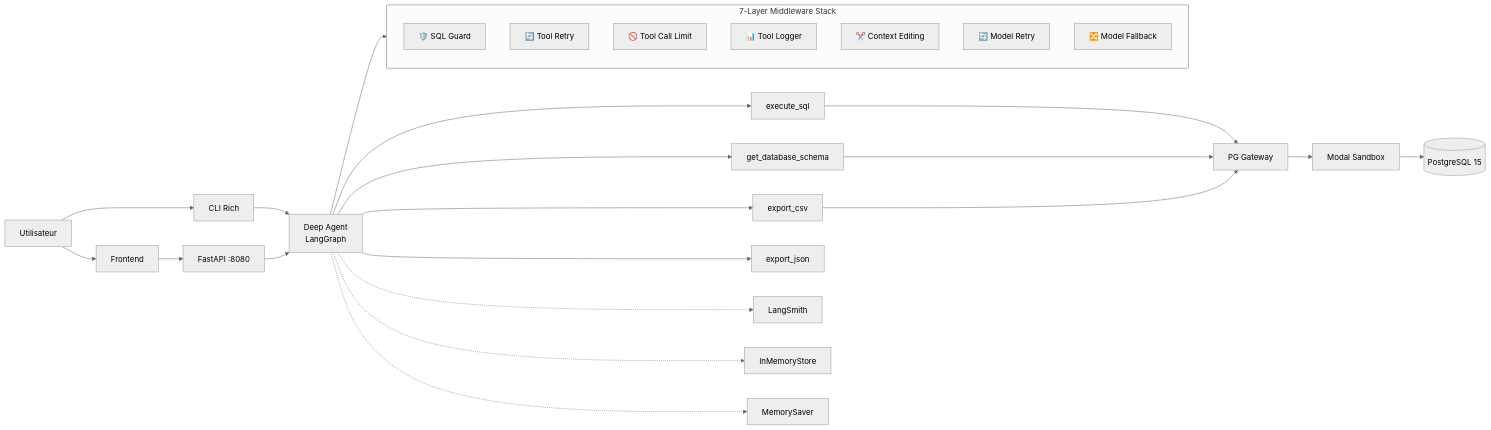
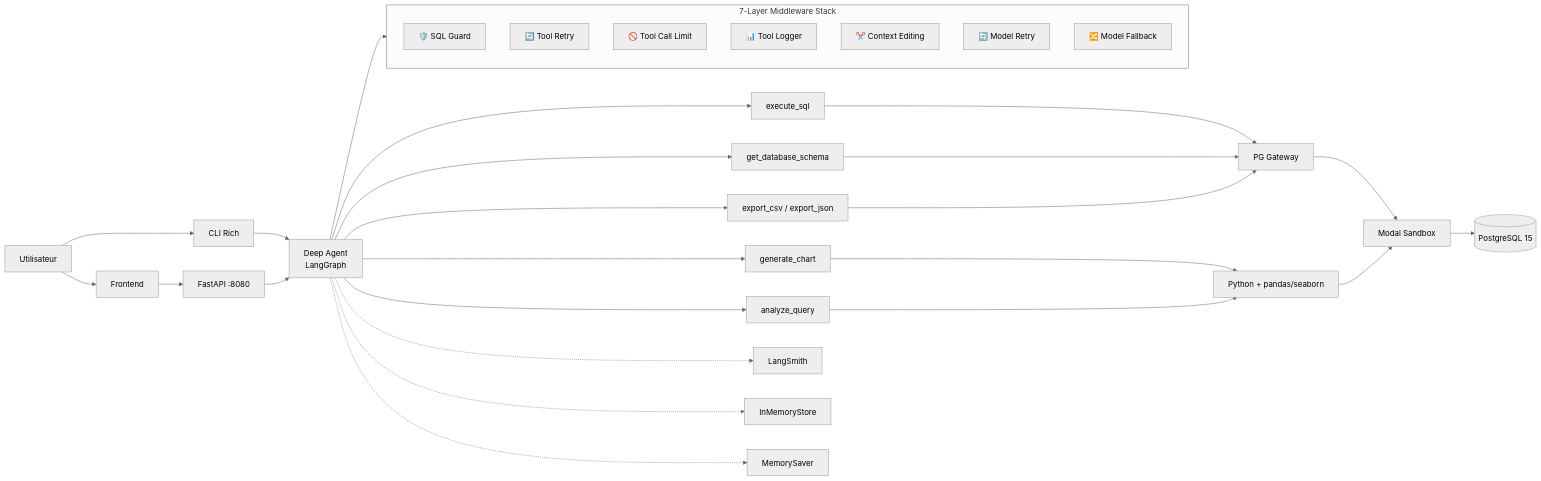
Before and after one commit to Shumatsurontek/neo-deep-agent-lab: the diagram in README.md, drawn with Mermaid (neutral theme). The commit also changed other lines of this file and 12 other files, not shown here.

Commit message:
feat(tools): enhance documentation and functionality with chart generation and analysis tools

````diff
--- a/README.md
+++ b/README.md
@@ -21,34 +21,37 @@
 ```mermaid
 graph LR
     U[Utilisateur] --> F["Frontend<br/>"]
     U --> C[CLI Rich]
     F --> S[FastAPI :8080]
     C --> A[Deep Agent<br/>LangGraph]
     S --> A
 
     subgraph mw [" 7-Layer Middleware Stack "]
         direction TB
         SG["🛡️ SQL Guard"]
         TR["🔄 Tool Retry"]
         TL["🚫 Tool Call Limit"]
         LOG["📊 Tool Logger"]
         CE["✂️ Context Editing"]
         MR["🔄 Model Retry"]
         MF["🔀 Model Fallback"]
     end
 
     A --> mw
 
     A --> T1["execute_sql"]
     A --> T2["get_database_schema"]
-    A --> T3["export_csv"]
-    A --> T4["export_json"]
+    A --> T3["export_csv / export_json"]
+    A --> T4["generate_chart"]
+    A --> T5["analyze_query"]
 
     T1 & T2 & T3 --> PG_GW[PG Gateway]
+    T4 & T5 --> PY[Python + pandas/seaborn]
     PG_GW --> SB[Modal Sandbox]
+    PY --> SB
     SB --> PG[(PostgreSQL 15)]
 
     A -.-> LS[LangSmith]
     A -.-> ST[InMemoryStore]
     A -.-> CP[MemorySaver]
 ```
````
